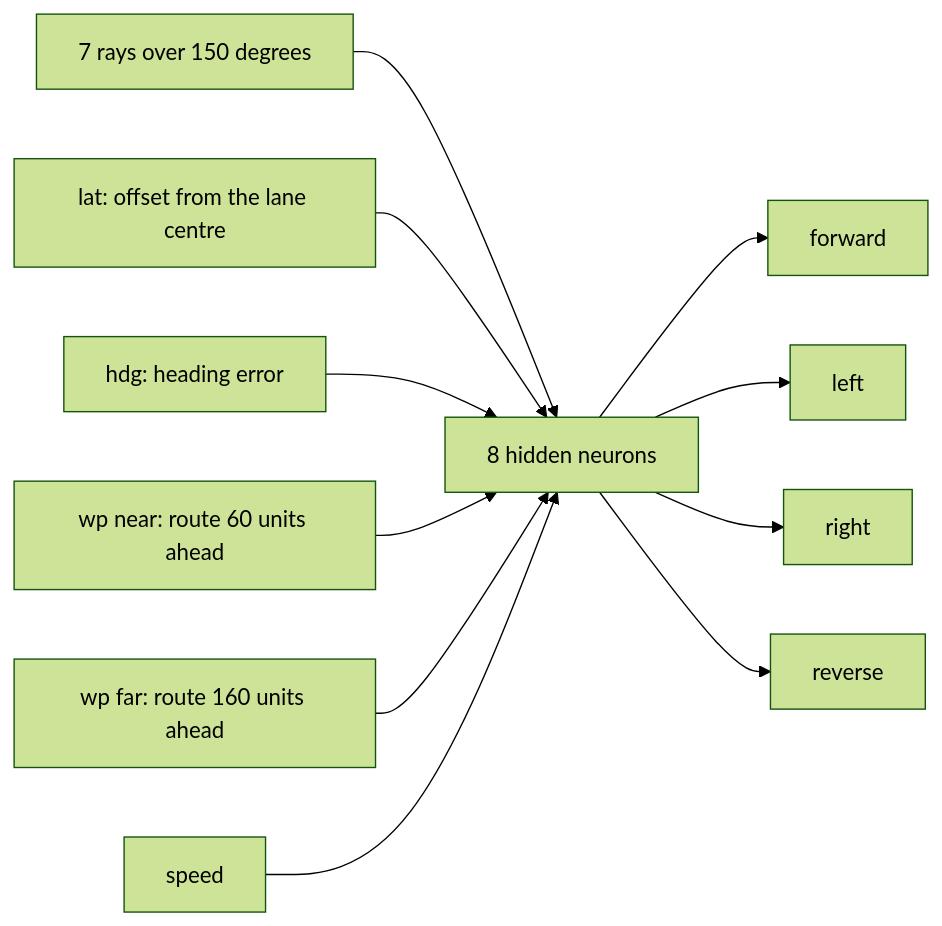
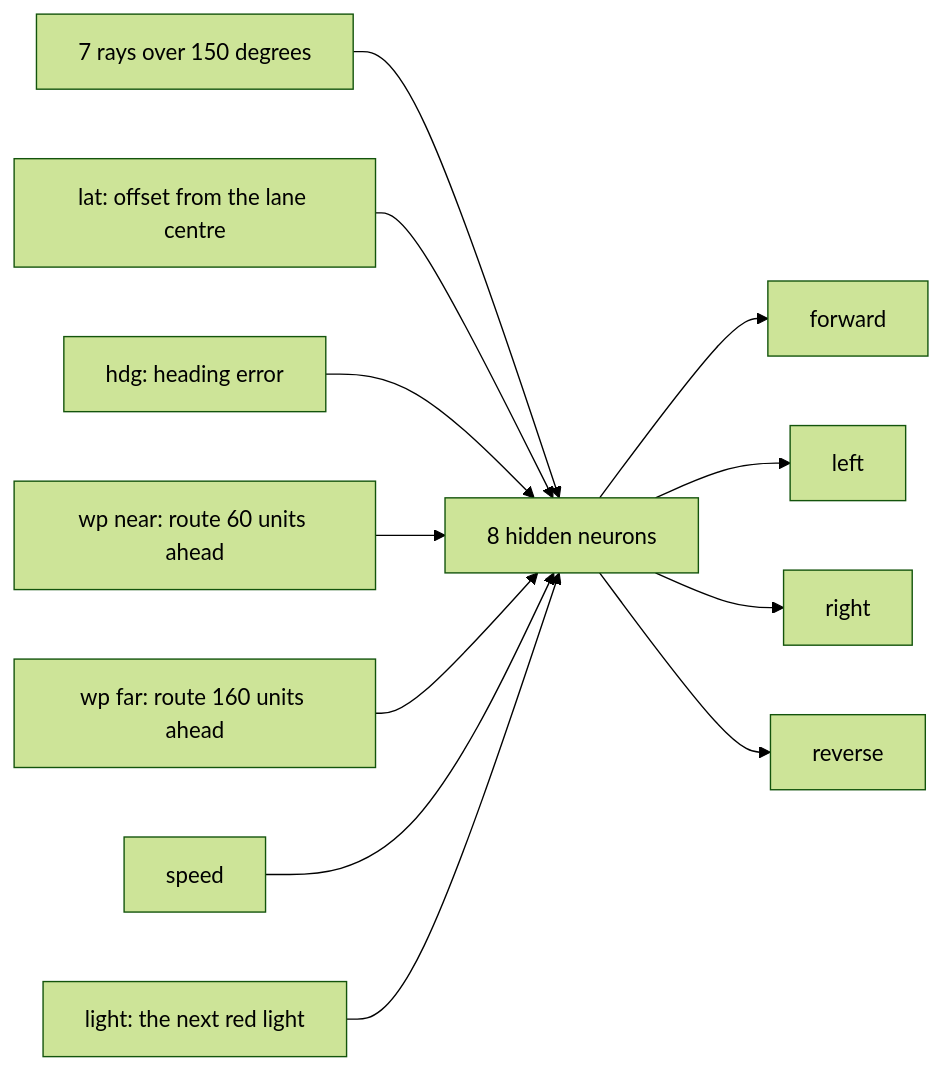
The third of 5 diagrams in README.md (noahatc12/neurodrive-city), drawn with Mermaid (forest theme) before and after one commit. The commit also changed other lines of this file and 39 other files, not shown here.

First line of the commit message:
feat(ai): light-aware city brain that stops at red lights

````diff
--- a/README.md
+++ b/README.md
@@ -129,13 +130,14 @@
 ```mermaid
 flowchart LR
   R[7 rays over 150 degrees] --> H[8 hidden neurons]
   L[lat: offset from the lane centre] --> H
   D[hdg: heading error] --> H
   N[wp near: route 60 units ahead] --> H
   W[wp far: route 160 units ahead] --> H
   S[speed] --> H
+  T[light: the next red light] --> H
   H --> F[forward]
   H --> Le[left]
   H --> Ri[right]
   H --> Re[reverse]
 ```
````
